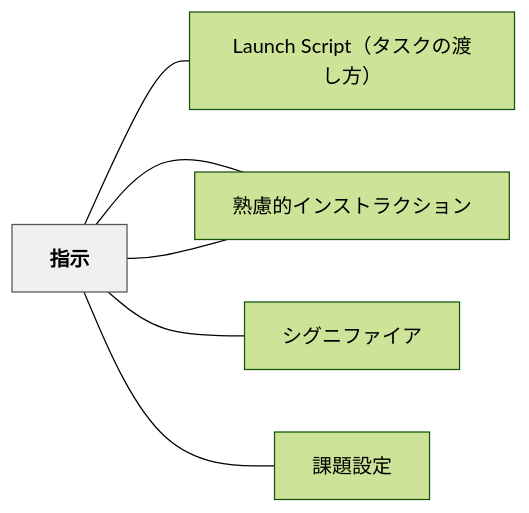
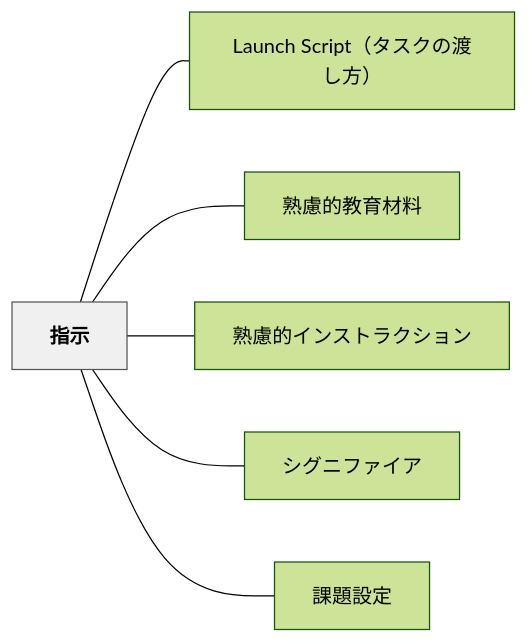
One commit to unknownthings-ed-patterns/unknownthings-ed-patterns changed the diagram in content/パタン/指示.md. Above: the diagram before and after it, drawn with Mermaid (forest theme). The commit also changed 527 other files, not shown here.

````diff
--- a/content/パタン/指示.md
+++ b/content/パタン/指示.md
@@ -46,18 +46,18 @@
 ```mermaid
 flowchart LR
     ne68c87e7a4ba["指示"]
-    n4c61756e6368["Launch Script（タスクの渡し方）"]
-    ne7869fe685ae["熟慮的教育材料"]
-    ne7869fe685ae["熟慮的インストラクション"]
-    ne382b7e382b0["シグニファイア"]
-    ne8aab2e9a18c["課題設定"]
+    n4c61756e636820536372697074efbc88e382bfe382b9e382afe381aee6b8a1e38197e696b9efbc89["Launch Script（タスクの渡し方）"]
+    ne7869fe685aee79a84e69599e882b2e69d90e69699["熟慮的教育材料"]
+    ne7869fe685aee79a84e382a4e383b3e382b9e38388e383a9e382afe382b7e383a7e383b3["熟慮的インストラクション"]
+    ne382b7e382b0e3838be38395e382a1e382a4e382a2["シグニファイア"]
+    ne8aab2e9a18ce8a8ade5ae9a["課題設定"]
 
-    ne68c87e7a4ba --- n4c61756e6368
-    ne68c87e7a4ba --- ne7869fe685ae
-    ne68c87e7a4ba --- ne7869fe685ae
-    ne68c87e7a4ba --- ne382b7e382b0
-    ne68c87e7a4ba --- ne8aab2e9a18c
+    ne68c87e7a4ba --- n4c61756e636820536372697074efbc88e382bfe382b9e382afe381aee6b8a1e38197e696b9efbc89
+    ne68c87e7a4ba --- ne7869fe685aee79a84e69599e882b2e69d90e69699
+    ne68c87e7a4ba --- ne7869fe685aee79a84e382a4e383b3e382b9e38388e383a9e382afe382b7e383a7e383b3
+    ne68c87e7a4ba --- ne382b7e382b0e3838be38395e382a1e382a4e382a2
+    ne68c87e7a4ba --- ne8aab2e9a18ce8a8ade5ae9a
 
     classDef hub fill:#f0f0f0,stroke:#555,color:#000,font-weight:bold
     class ne68c87e7a4ba hub
 ```
````
